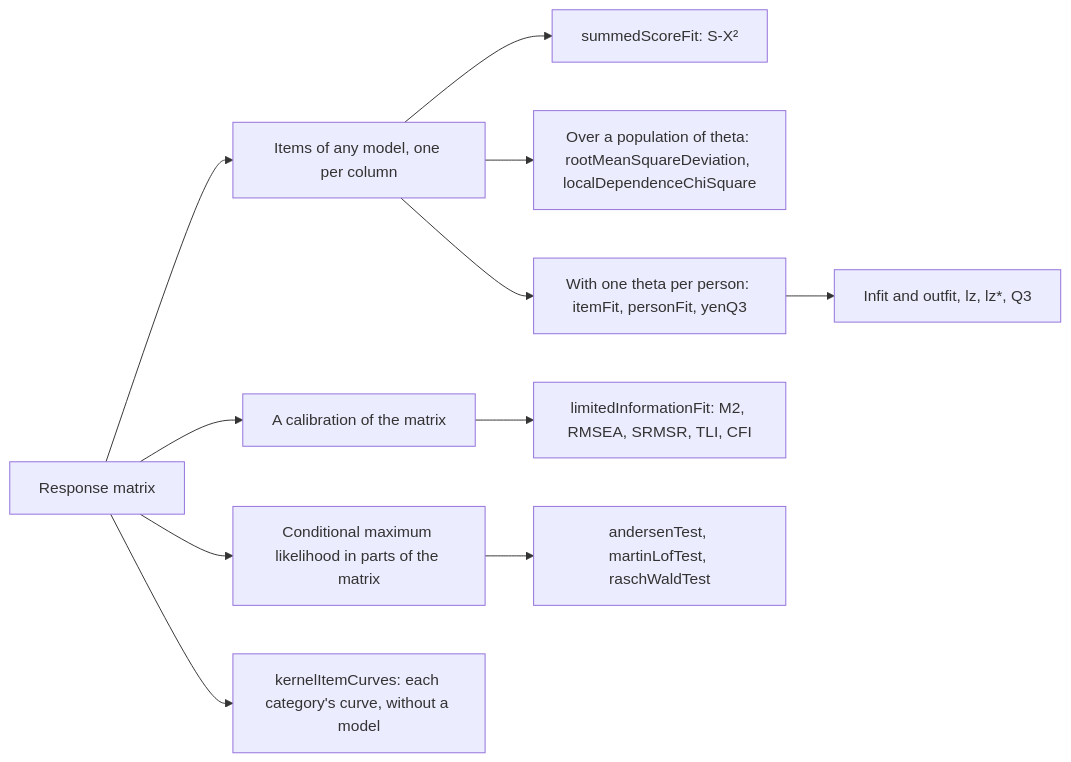
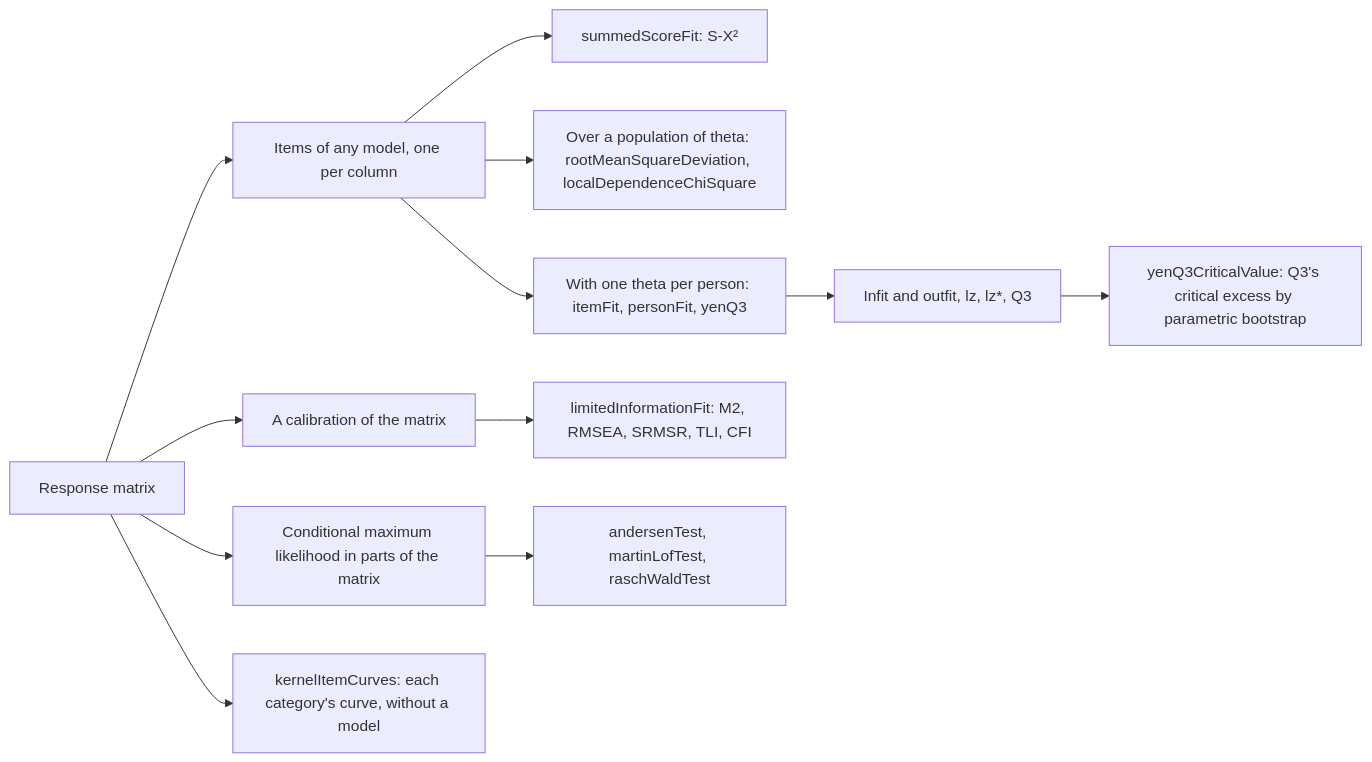
Before and after one commit to measurekit/measurekit: the first of 6 diagrams in docs/psychometrics/fit.md, drawn with Mermaid. The commit also changed other lines of this file and 19 other files, not shown here.

````diff
--- a/docs/psychometrics/fit.md
+++ b/docs/psychometrics/fit.md
@@ -9,13 +10,14 @@
 ```mermaid
 flowchart LR
   M["Response matrix"] --> I["Items of any model, one per column"]
   I --> S["summedScoreFit: S-X²"]
   I --> D["Over a population of theta: rootMeanSquareDeviation, localDependenceChiSquare"]
   I --> R["With one theta per person: itemFit, personFit, yenQ3"]
   R --> A["Infit and outfit, lz, lz*, Q3"]
+  A --> B["yenQ3CriticalValue: Q3's critical excess by parametric bootstrap"]
   M --> C["A calibration of the matrix"]
   C --> L["limitedInformationFit: M2, RMSEA, SRMSR, TLI, CFI"]
   M --> T["Conditional maximum likelihood in parts of the matrix"]
   T --> E["andersenTest, martinLofTest, raschWaldTest"]
   M --> K["kernelItemCurves: each category's curve, without a model"]
 ```
````
